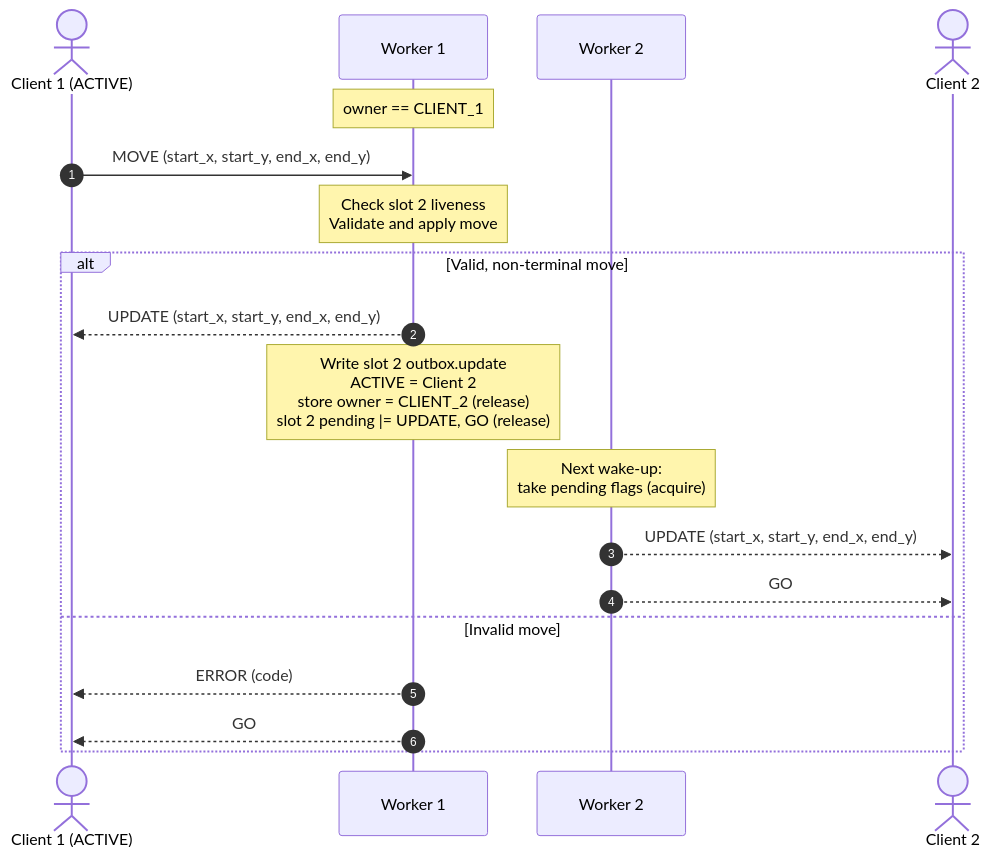
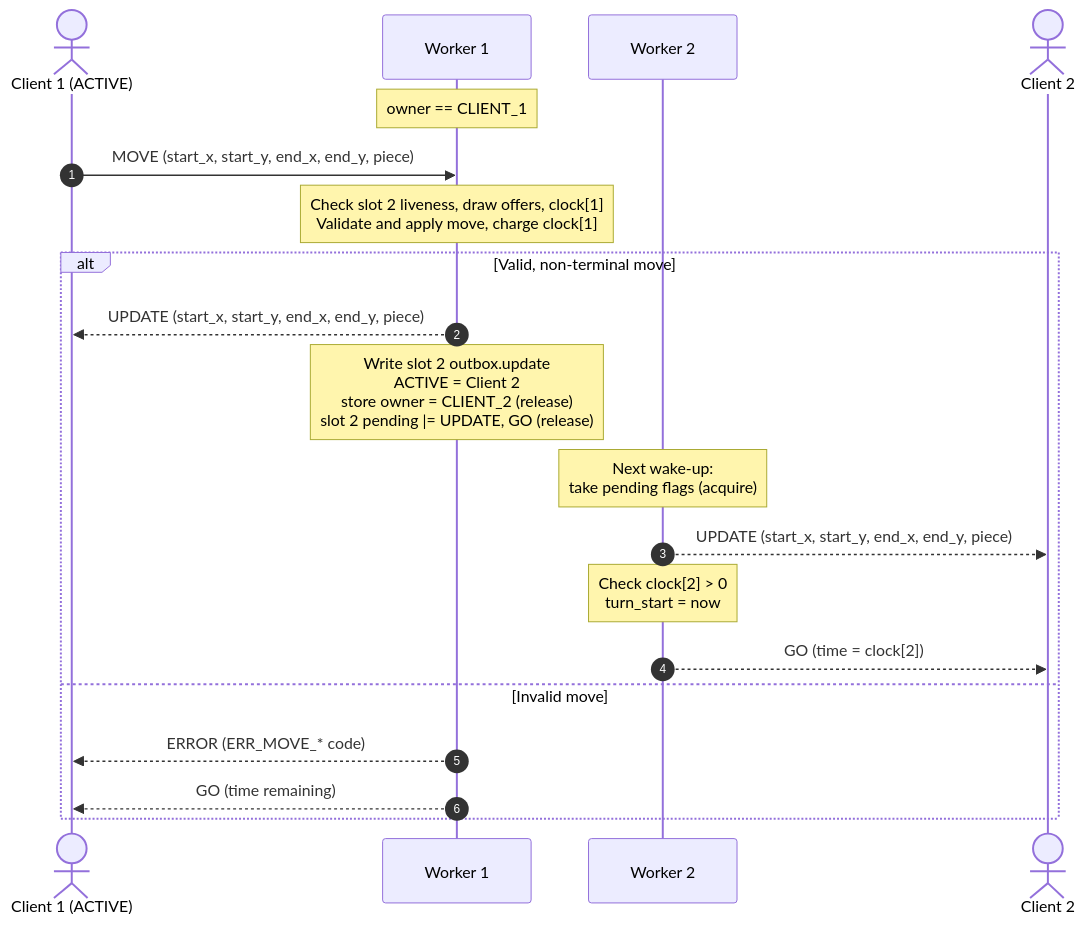
The diagram in docs/concurrency_design.md (ASTNTN/Network), drawn with Mermaid before and after one commit. The commit also changed other lines of this file and 4 other files, not shown here.

````diff
--- a/docs/concurrency_design.md
+++ b/docs/concurrency_design.md
@@ -158,22 +223,23 @@
 ```mermaid
 sequenceDiagram
     autonumber
     actor Client1 as Client 1 (ACTIVE)
     participant W1 as Worker 1
     participant W2 as Worker 2
     actor Client2 as Client 2
 
     Note over W1: owner == CLIENT_1
-    Client1->>W1: MOVE (start_x, start_y, end_x, end_y)
-    Note over W1: Check slot 2 liveness<br>Validate and apply move
+    Client1->>W1: MOVE (start_x, start_y, end_x, end_y, piece)
+    Note over W1: Check slot 2 liveness, draw offers, clock[1]<br>Validate and apply move, charge clock[1]
     alt Valid, non-terminal move
-        W1-->>Client1: UPDATE (start_x, start_y, end_x, end_y)
+        W1-->>Client1: UPDATE (start_x, start_y, end_x, end_y, piece)
         Note over W1: Write slot 2 outbox.update<br>ACTIVE = Client 2<br>store owner = CLIENT_2 (release)<br>slot 2 pending |= UPDATE, GO (release)
         Note over W2: Next wake-up:<br>take pending flags (acquire)
-        W2-->>Client2: UPDATE (start_x, start_y, end_x, end_y)
-        W2-->>Client2: GO
+        W2-->>Client2: UPDATE (start_x, start_y, end_x, end_y, piece)
+        Note over W2: Check clock[2] > 0<br>turn_start = now
+        W2-->>Client2: GO (time = clock[2])
     else Invalid move
-        W1-->>Client1: ERROR (code)
-        W1-->>Client1: GO
+        W1-->>Client1: ERROR (ERR_MOVE_* code)
+        W1-->>Client1: GO (time remaining)
     end
 ```
````
